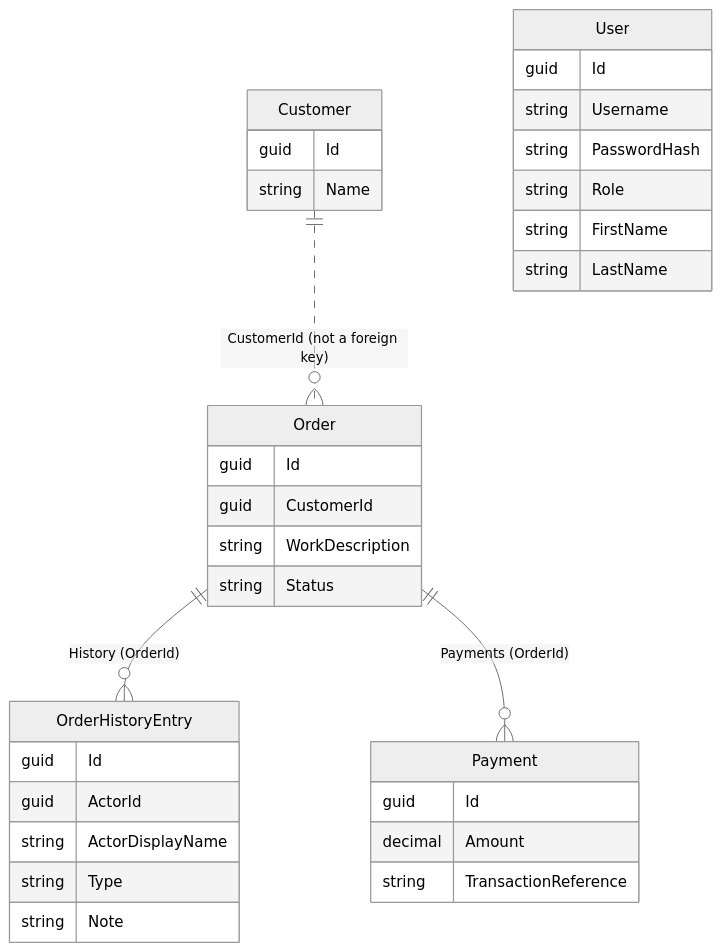
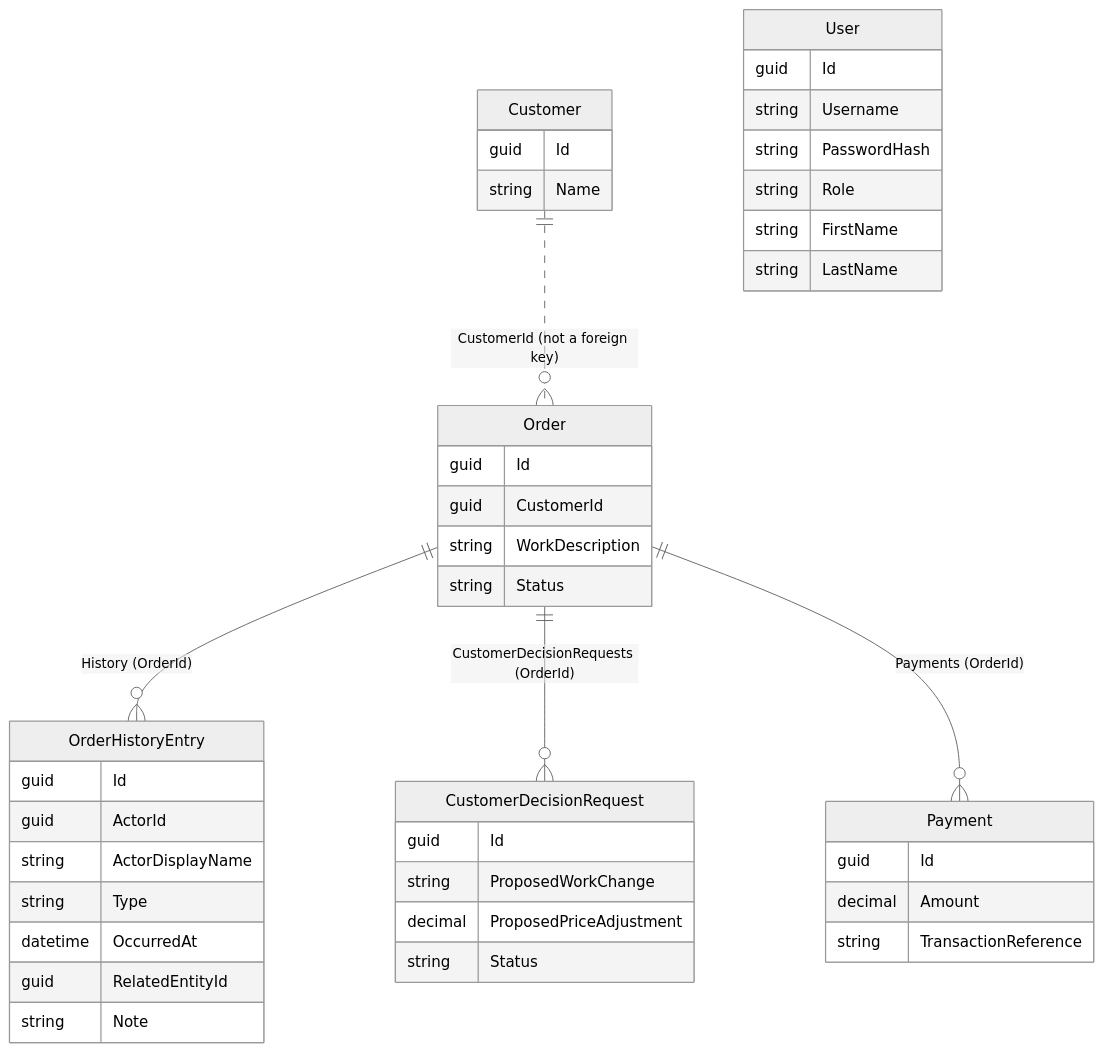
The third of 7 diagrams in Documentation/Specification.md (bj0594/TailorManager), drawn with Mermaid (neutral theme) before and after one commit. The commit also changed other lines of this file, not shown here.

Commit message:
docs: check off Ask for a customer decision in the test list, and add the decision requests to the data diagram

````diff
--- a/Documentation/Specification.md
+++ b/Documentation/Specification.md
@@ -196,36 +196,45 @@
 ```mermaid
 erDiagram
     Customer ||..o{ Order : "CustomerId (not a foreign key)"
     Customer {
         guid Id
         string Name
     }
     Order {
         guid Id
         guid CustomerId
         string WorkDescription
         string Status
     }
     User {
         guid Id
         string Username
         string PasswordHash
         string Role
         string FirstName
         string LastName
     }
     Order ||--o{ OrderHistoryEntry : "History (OrderId)"
     OrderHistoryEntry {
         guid Id
         guid ActorId
         string ActorDisplayName
         string Type
+        datetime OccurredAt
+        guid RelatedEntityId
         string Note
+    }
+    Order ||--o{ CustomerDecisionRequest : "CustomerDecisionRequests (OrderId)"
+    CustomerDecisionRequest {
+        guid Id
+        string ProposedWorkChange
+        decimal ProposedPriceAdjustment
+        string Status
     }
     Order ||--o{ Payment : "Payments (OrderId)"
     Payment {
         guid Id
         decimal Amount
         string TransactionReference
     }
 ```
````
